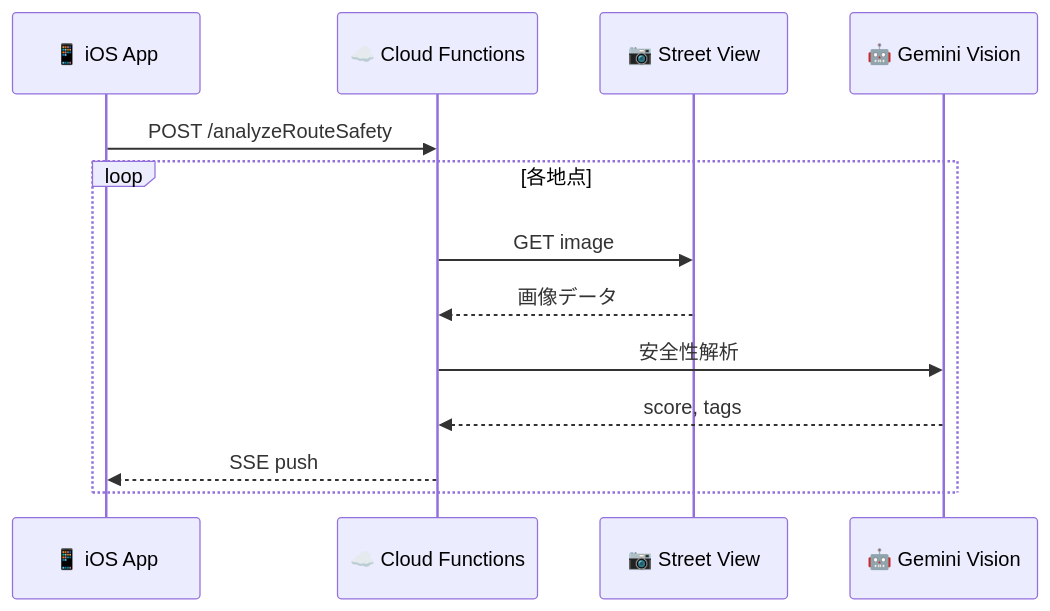
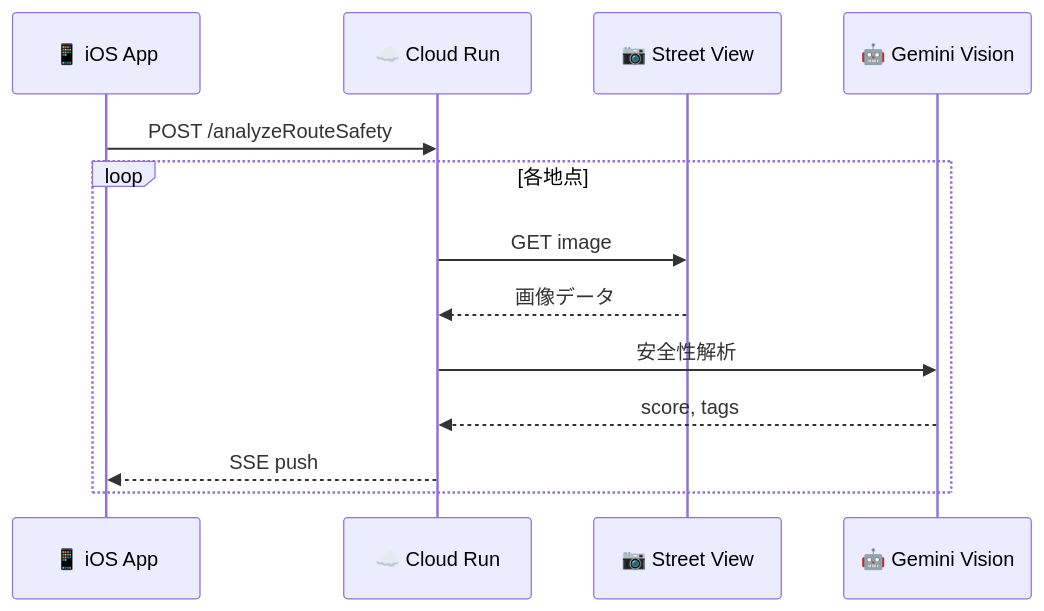
One commit to Ryg-appdev/safe-routing-ai-navigation changed the second of 2 diagrams in Docs/確定/06_API仕様書.md. Above: the diagram before and after it, drawn with Mermaid. The commit also changed other lines of this file and 6 other files, not shown here.

````diff
--- a/Docs/確定/06_API仕様書.md
+++ b/Docs/確定/06_API仕様書.md
@@ -85,16 +86,16 @@
 ```mermaid
 sequenceDiagram
     participant iOS as 📱 iOS App
-    participant CF as ☁️ Cloud Functions
+    participant CR as ☁️ Cloud Run
     participant SV as 📷 Street View
     participant G3 as 🤖 Gemini Vision
 
-    iOS->>CF: POST /analyzeRouteSafety
+    iOS->>CR: POST /analyzeRouteSafety
     loop 各地点
-        CF->>SV: GET image
-        SV-->>CF: 画像データ
-        CF->>G3: 安全性解析
-        G3-->>CF: score, tags
-        CF-->>iOS: SSE push
+        CR->>SV: GET image
+        SV-->>CR: 画像データ
+        CR->>G3: 安全性解析
+        G3-->>CR: score, tags
+        CR-->>iOS: SSE push
     end
 ```
````
